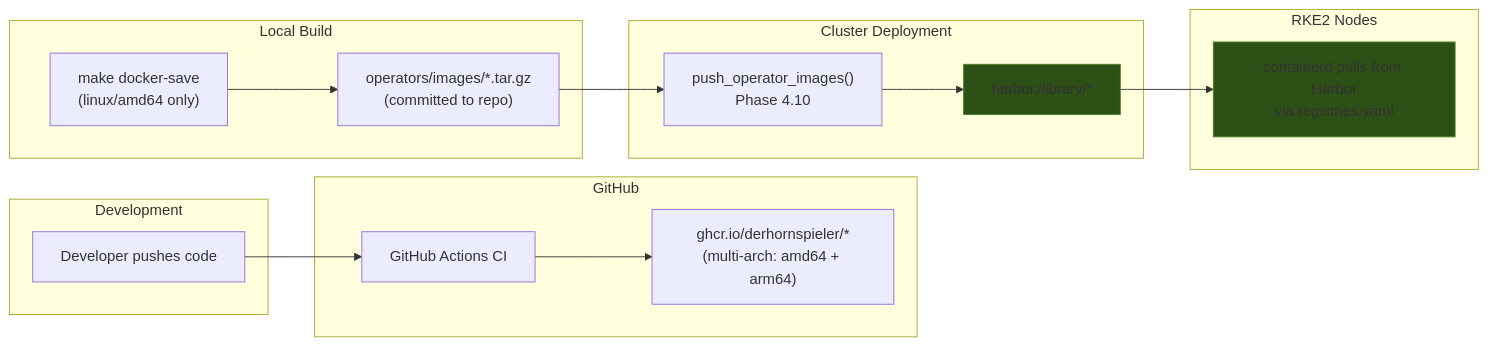
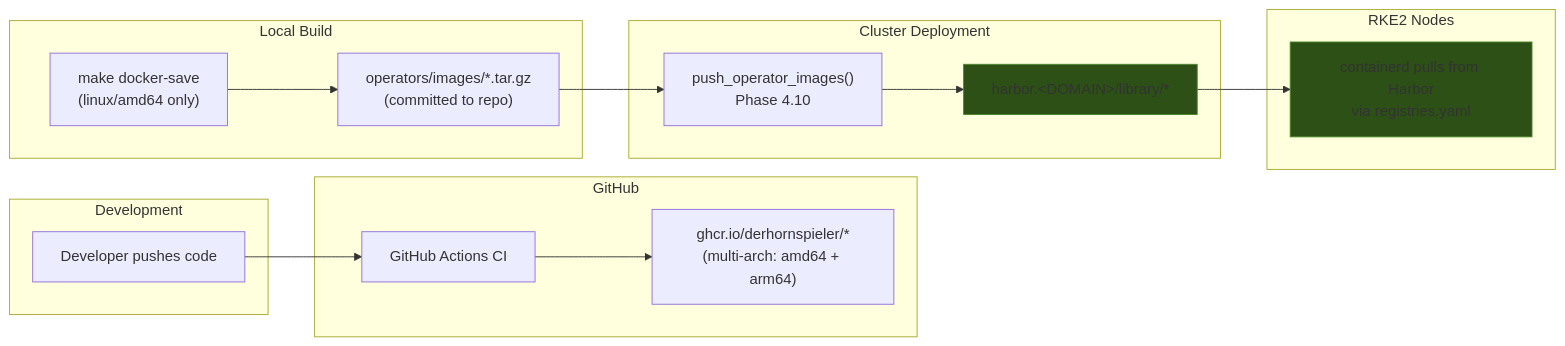
One commit to derhornspieler/harvester-rke2-platform changed the seventh of 9 diagrams in docs/engineering/golden-image-cicd.md. Above: the diagram before and after it, drawn with Mermaid. The commit also changed other lines of this file and 127 other files, not shown here.

````diff
--- a/docs/engineering/golden-image-cicd.md
+++ b/docs/engineering/golden-image-cicd.md
@@ -1139,29 +1139,29 @@
 ```mermaid
 graph LR
     subgraph "Development"
         A[Developer pushes code]
     end
 
     subgraph "GitHub"
         B[GitHub Actions CI]
         C["ghcr.io/derhornspieler/*<br/>(multi-arch: amd64 + arm64)"]
         A --> B --> C
     end
 
     subgraph "Local Build"
         D["make docker-save<br/>(linux/amd64 only)"]
         D --> E["operators/images/*.tar.gz<br/>(committed to repo)"]
     end
 
     subgraph "Cluster Deployment"
         E --> F["push_operator_images()<br/>Phase 4.10"]
-        F --> G["harbor.<DOMAIN>/library/*"]
+        F --> G["harbor.&lt;DOMAIN&gt;/library/*"]
     end
 
     subgraph "RKE2 Nodes"
         G --> H["containerd pulls from Harbor<br/>via registries.yaml"]
     end
 
     style G fill:#2d5016,stroke:#4a8529
     style H fill:#2d5016,stroke:#4a8529
 ```
````
